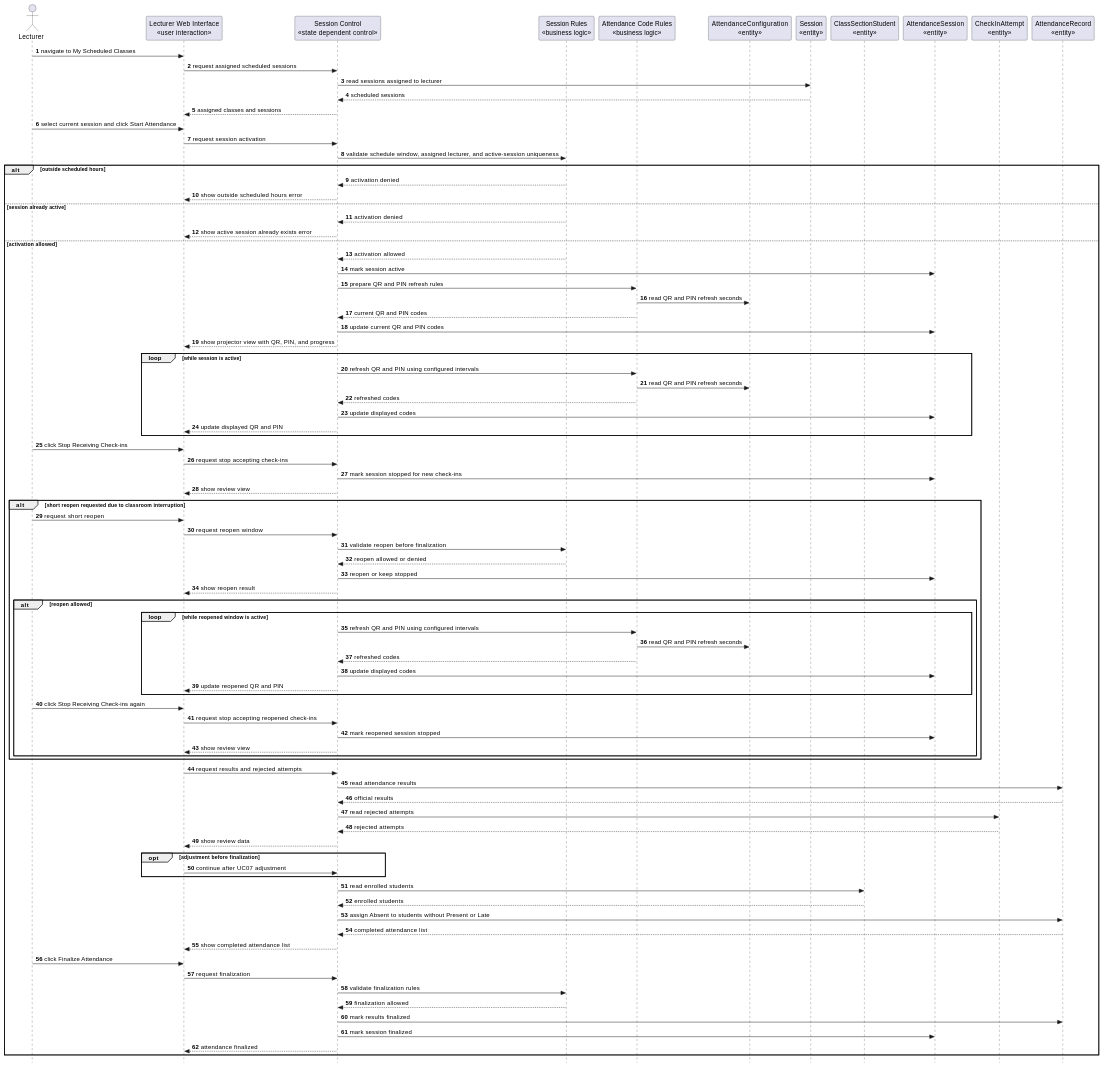
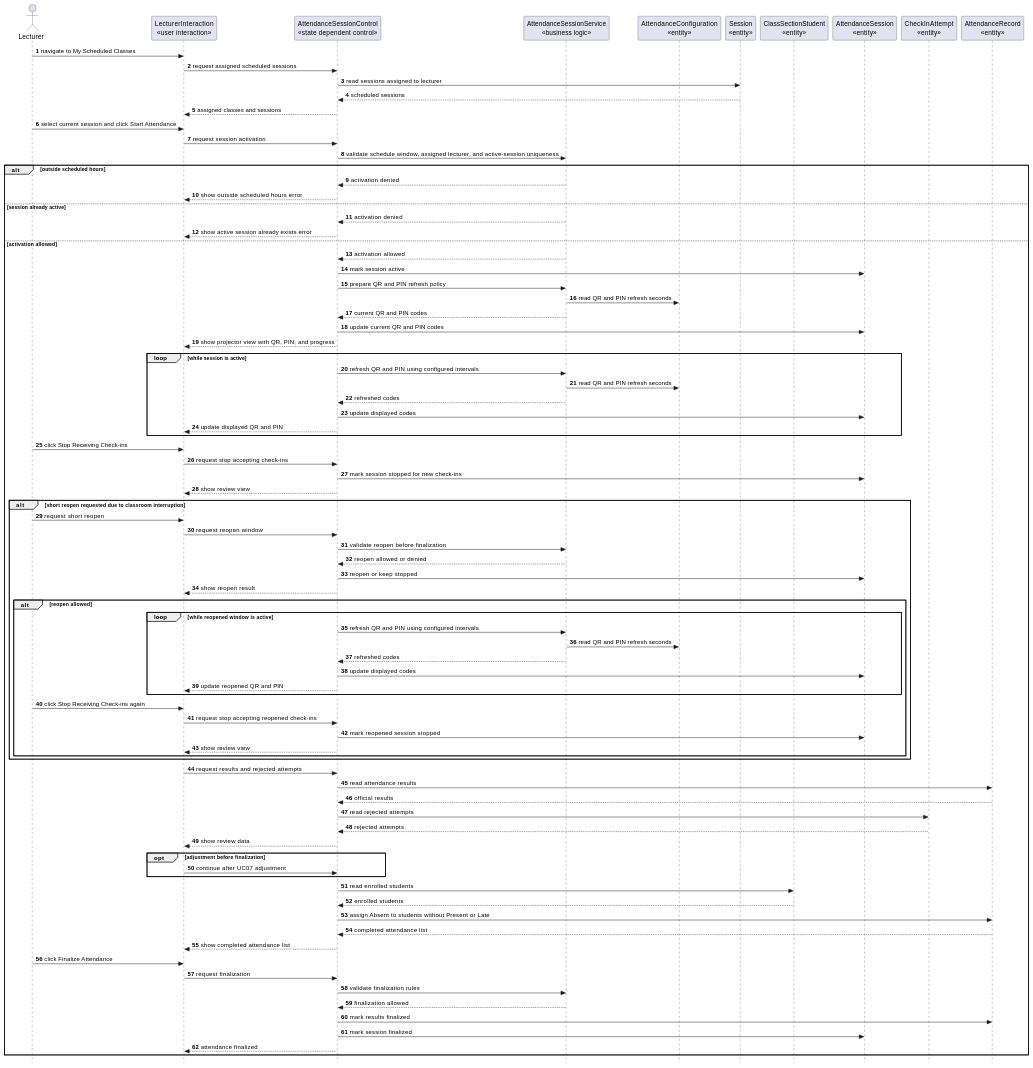
One commit to nttung42/SWD392 changed diagram 15 of 29 in docs/sds/2_Analysis.md. Above: the diagram before and after it, drawn with PlantUML. The commit also changed other lines of this file and 5 other files, not shown here.

```diff
--- a/docs/sds/2_Analysis.md
+++ b/docs/sds/2_Analysis.md
@@ -802,10 +783,9 @@
 skinparam style strictuml
 autonumber
 actor "Lecturer" as Lecturer
-participant "Lecturer Web Interface\n«user interaction»" as LecturerUI
-participant "Session Control\n«state dependent control»" as SessionControl
-participant "Session Rules\n«business logic»" as SessionRules
-participant "Attendance Code Rules\n«business logic»" as CodeRules
+participant "LecturerInteraction\n«user interaction»" as LecturerUI
+participant "AttendanceSessionControl\n«state dependent control»" as SessionControl
+participant "AttendanceSessionService\n«business logic»" as SessionRules
 participant "AttendanceConfiguration\n«entity»" as AttendanceConfig
 participant "Session\n«entity»" as Session
 participant "ClassSectionStudent\n«entity»" as ClassSectionStudent
@@ -831,16 +811,16 @@
 else activation allowed
   SessionRules --> SessionControl : activation allowed
   SessionControl -> AttendanceSession : mark session active
-  SessionControl -> CodeRules : prepare QR and PIN refresh rules
-  CodeRules -> AttendanceConfig : read QR and PIN refresh seconds
-  CodeRules --> SessionControl : current QR and PIN codes
+  SessionControl -> SessionRules : prepare QR and PIN refresh policy
+  SessionRules -> AttendanceConfig : read QR and PIN refresh seconds
+  SessionRules --> SessionControl : current QR and PIN codes
   SessionControl -> AttendanceSession : update current QR and PIN codes
   SessionControl --> LecturerUI : show projector view with QR, PIN, and progress
 
   loop while session is active
-    SessionControl -> CodeRules : refresh QR and PIN using configured intervals
-    CodeRules -> AttendanceConfig : read QR and PIN refresh seconds
-    CodeRules --> SessionControl : refreshed codes
+    SessionControl -> SessionRules : refresh QR and PIN using configured intervals
+    SessionRules -> AttendanceConfig : read QR and PIN refresh seconds
+    SessionRules --> SessionControl : refreshed codes
     SessionControl -> AttendanceSession : update displayed codes
     SessionControl --> LecturerUI : update displayed QR and PIN
   end
@@ -860,9 +840,9 @@
 
     alt reopen allowed
       loop while reopened window is active
-        SessionControl -> CodeRules : refresh QR and PIN using configured intervals
-        CodeRules -> AttendanceConfig : read QR and PIN refresh seconds
-        CodeRules --> SessionControl : refreshed codes
+        SessionControl -> SessionRules : refresh QR and PIN using configured intervals
+        SessionRules -> AttendanceConfig : read QR and PIN refresh seconds
+        SessionRules --> SessionControl : refreshed codes
         SessionControl -> AttendanceSession : update displayed codes
         SessionControl --> LecturerUI : update reopened QR and PIN
       end
```
